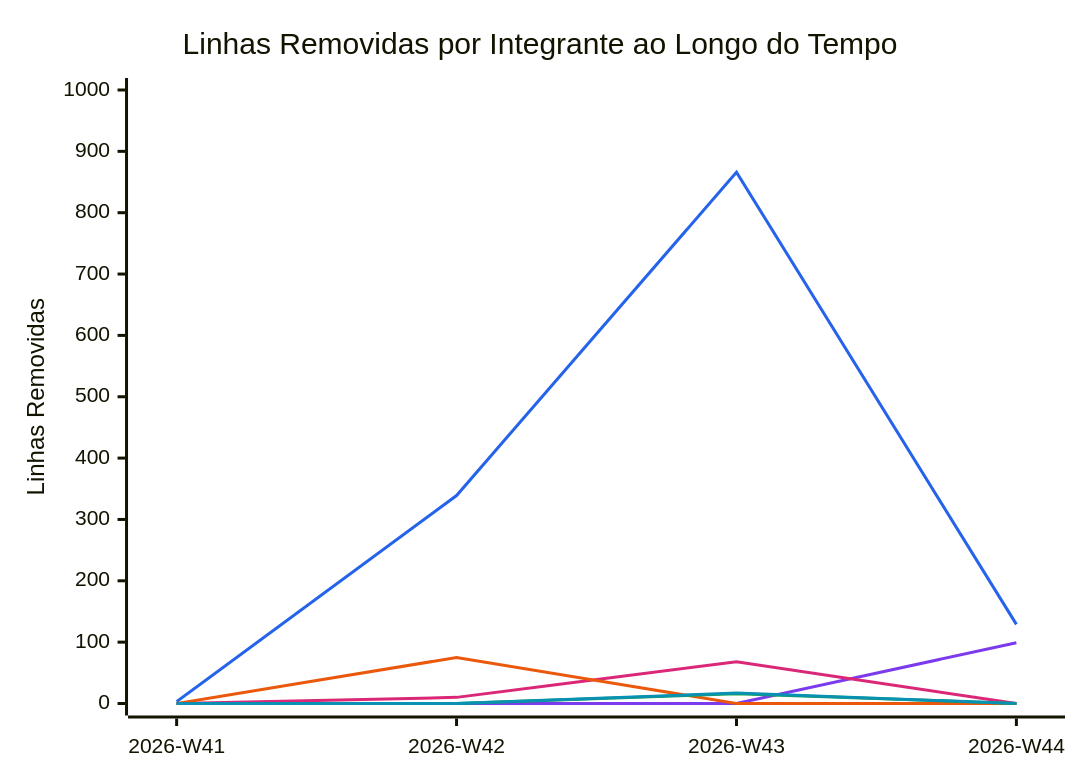
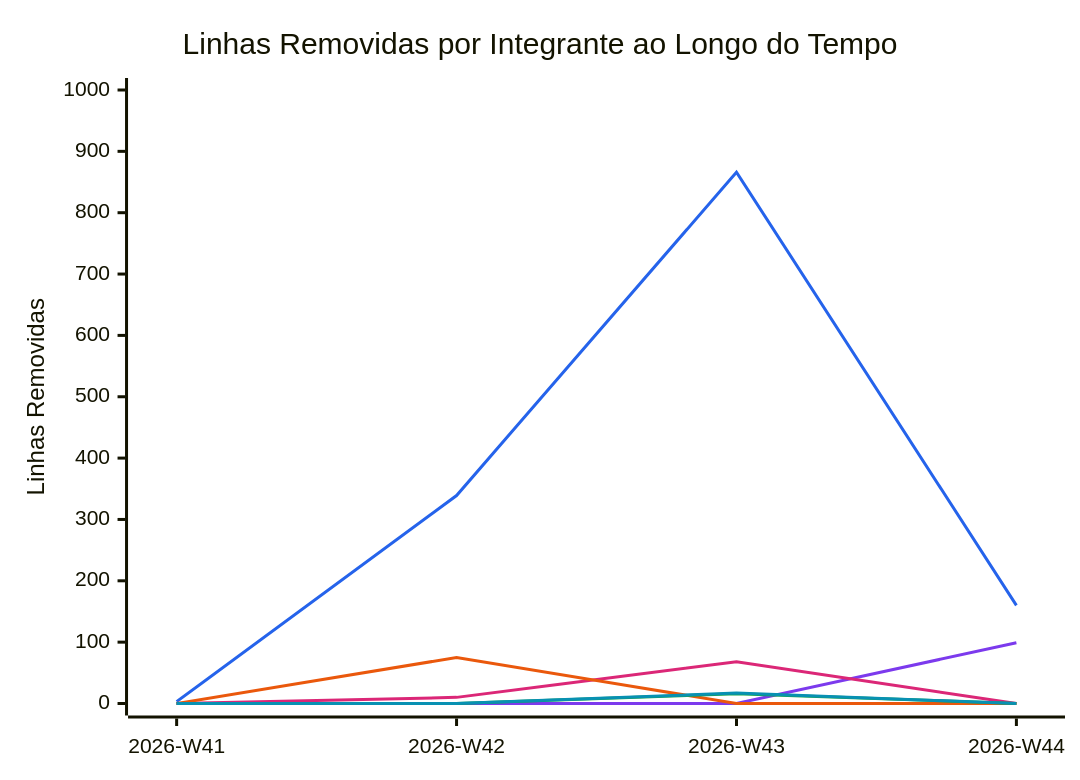
The diagram in documentation/snippets/management/code-deletions.mmd (FCTE-Qualidade-de-Software-1/2026-2_T02_FRANS_BILAS), drawn with Mermaid before and after one commit. The commit also changed 4 other files, not shown here.

```diff
--- a/documentation/snippets/management/code-deletions.mmd
+++ b/documentation/snippets/management/code-deletions.mmd
@@ -1,11 +1,11 @@
 %%{init: {"themeVariables": {"xyChart": {"plotColorPalette": "#2563eb, #7c3aed, #db2777, #ea580c, #16a34a, #0891b2"}}}}%%
 xychart-beta
     title "Linhas Removidas por Integrante ao Longo do Tempo"
     x-axis ["2026-W41", "2026-W42", "2026-W43", "2026-W44"]
     y-axis "Linhas Removidas" 0 --> 1000
-    line [3, 339, 866, 129]
+    line [3, 339, 866, 160]
     line [0, 0, 0, 99]
     line [0, 10, 68, 0]
     line [0, 75, 0, 0]
     line [0, 0, 16, 0]
     line [0, 0, 17, 0]
```
